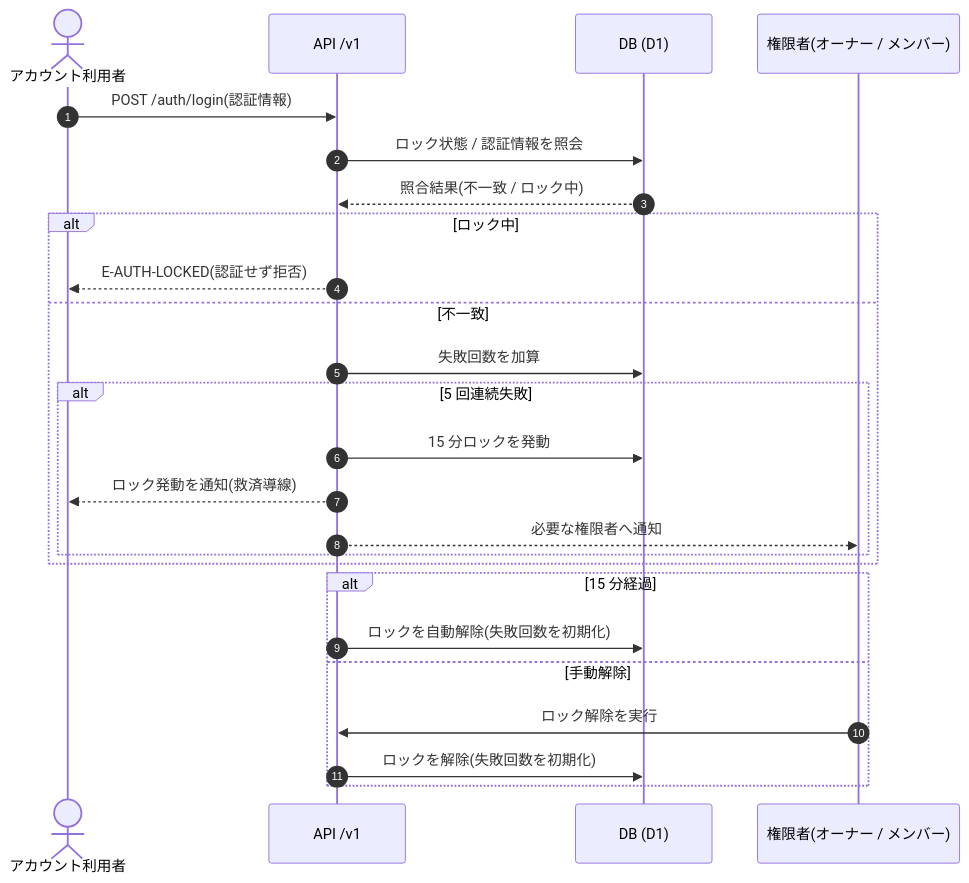
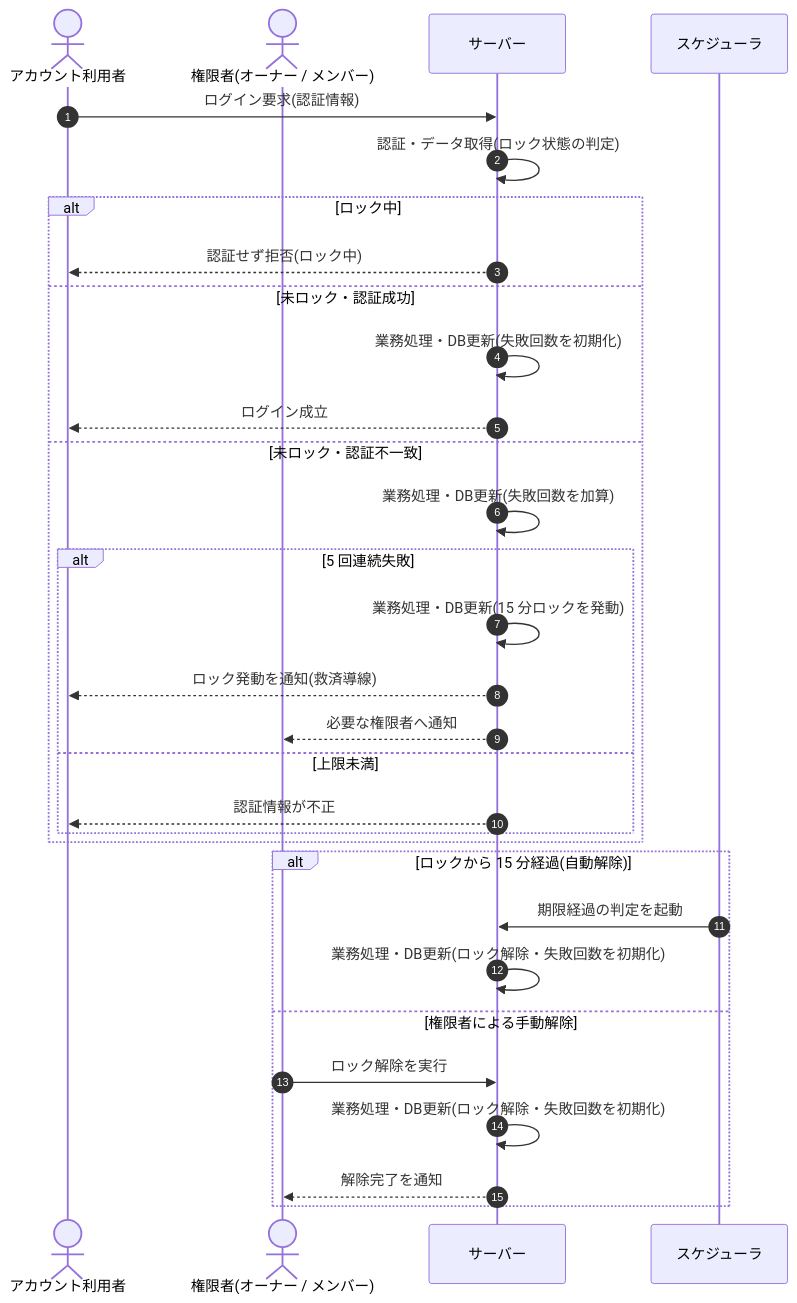
Before and after one commit to sikakou54/open-faq: the diagram in 02_basic_design/05_sequences/SEQ-103.md, drawn with Mermaid. The commit also changed other lines of this file and 108 other files, not shown here.

First line of the commit message:
基本設計: シーケンス図を基本設計粒度(ユーザー/画面/サーバー)へ再編成

````diff
--- a/02_basic_design/05_sequences/SEQ-103.md
+++ b/02_basic_design/05_sequences/SEQ-103.md
@@ -25,27 +32,33 @@
 ```mermaid
 sequenceDiagram
   autonumber
   actor U as アカウント利用者
-  participant API as API /v1
-  participant DB as DB (D1)
-  participant M as 権限者(オーナー / メンバー)
-  U->>API: POST /auth/login(認証情報)
-  API->>DB: ロック状態 / 認証情報を照会
-  DB-->>API: 照合結果(不一致 / ロック中)
+  actor M as 権限者(オーナー / メンバー)
+  participant Server as サーバー
+  participant SCH as スケジューラ
+  U->>Server: ログイン要求(認証情報)
+  Server->>Server: 認証・データ取得(ロック状態の判定)
   alt ロック中
-    API-->>U: E-AUTH-LOCKED(認証せず拒否)
-  else 不一致
-    API->>DB: 失敗回数を加算
+    Server-->>U: 認証せず拒否(ロック中)
+  else 未ロック・認証成功
+    Server->>Server: 業務処理・DB更新(失敗回数を初期化)
+    Server-->>U: ログイン成立
+  else 未ロック・認証不一致
+    Server->>Server: 業務処理・DB更新(失敗回数を加算)
     alt 5 回連続失敗
-      API->>DB: 15 分ロックを発動
-      API-->>U: ロック発動を通知(救済導線)
-      API-->>M: 必要な権限者へ通知
+      Server->>Server: 業務処理・DB更新(15 分ロックを発動)
+      Server-->>U: ロック発動を通知(救済導線)
+      Server-->>M: 必要な権限者へ通知
+    else 上限未満
+      Server-->>U: 認証情報が不正
     end
   end
-  alt 15 分経過
-    API->>DB: ロックを自動解除(失敗回数を初期化)
-  else 手動解除
-    M->>API: ロック解除を実行
-    API->>DB: ロックを解除(失敗回数を初期化)
+  alt ロックから 15 分経過(自動解除)
+    SCH->>Server: 期限経過の判定を起動
+    Server->>Server: 業務処理・DB更新(ロック解除・失敗回数を初期化)
+  else 権限者による手動解除
+    M->>Server: ロック解除を実行
+    Server->>Server: 業務処理・DB更新(ロック解除・失敗回数を初期化)
+    Server-->>M: 解除完了を通知
   end
 ```
````
